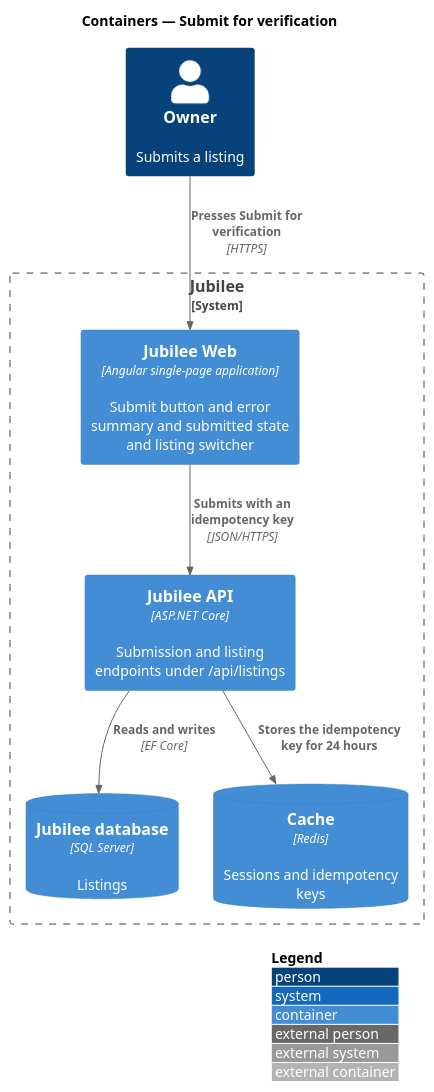
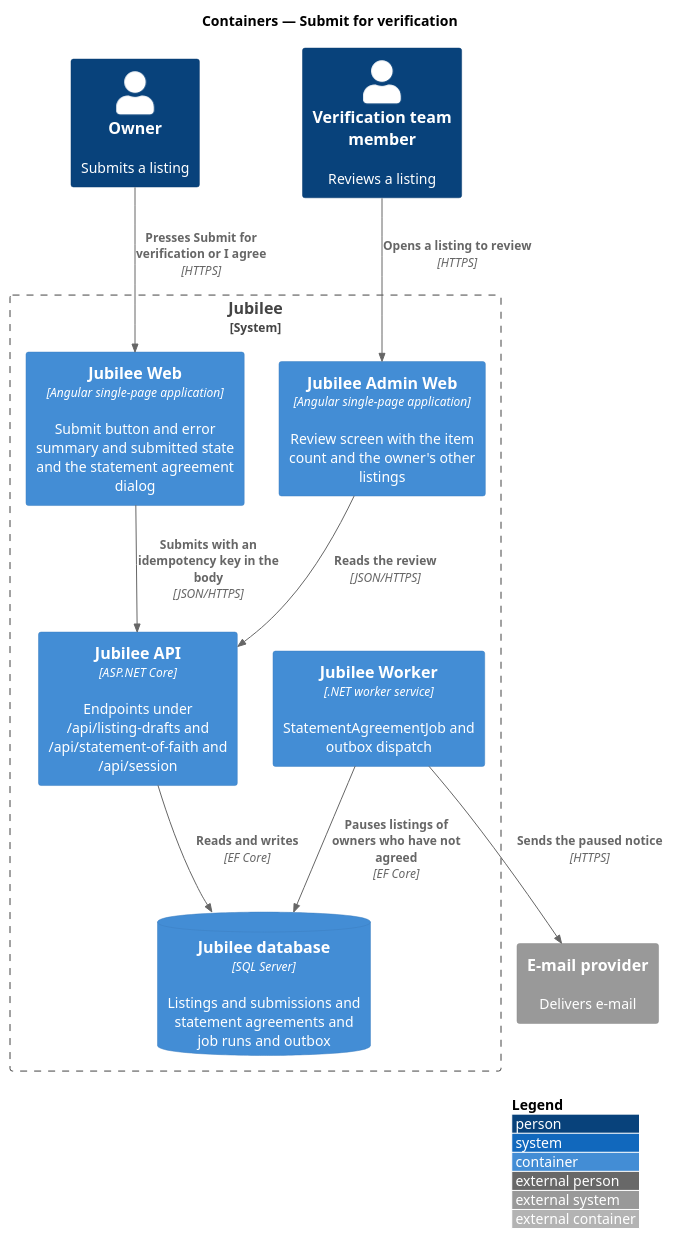
The diagram in docs/detailed-designs/onboarding/submit-for-verification/diagrams/c4-container.puml (QuinntyneBrown/jubilee), drawn with PlantUML before and after one commit. The commit also changed 43 other files, not shown here.

```diff
--- a/docs/detailed-designs/onboarding/submit-for-verification/diagrams/c4-container.puml
+++ b/docs/detailed-designs/onboarding/submit-for-verification/diagrams/c4-container.puml
@@ -1,17 +1,23 @@
 @startuml
 !include <C4/C4_Container>
 LAYOUT_WITH_LEGEND()
 title Containers — Submit for verification
 
 Person(owner, "Owner", "Submits a listing")
+Person(verifier, "Verification team member", "Reviews a listing")
+System_Ext(email, "E-mail provider", "Delivers e-mail")
 System_Boundary(jubilee, "Jubilee") {
-  Container(web, "Jubilee Web", "Angular single-page application", "Submit button and error summary and submitted state and listing switcher")
-  Container(api, "Jubilee API", "ASP.NET Core", "Submission and listing endpoints under /api/listings")
-  ContainerDb(db, "Jubilee database", "SQL Server", "Listings")
-  ContainerDb(cache, "Cache", "Redis", "Sessions and idempotency keys")
+  Container(web, "Jubilee Web", "Angular single-page application", "Submit button and error summary and submitted state and the statement agreement dialog")
+  Container(admin, "Jubilee Admin Web", "Angular single-page application", "Review screen with the item count and the owner's other listings")
+  Container(api, "Jubilee API", "ASP.NET Core", "Endpoints under /api/listing-drafts and /api/statement-of-faith and /api/session")
+  Container(worker, "Jubilee Worker", ".NET worker service", "StatementAgreementJob and outbox dispatch")
+  ContainerDb(db, "Jubilee database", "SQL Server", "Listings and submissions and statement agreements and job runs and outbox")
 }
-Rel(owner, web, "Presses Submit for verification", "HTTPS")
-Rel(web, api, "Submits with an idempotency key", "JSON/HTTPS")
+Rel(owner, web, "Presses Submit for verification or I agree", "HTTPS")
+Rel(verifier, admin, "Opens a listing to review", "HTTPS")
+Rel(web, api, "Submits with an idempotency key in the body", "JSON/HTTPS")
+Rel(admin, api, "Reads the review", "JSON/HTTPS")
 Rel(api, db, "Reads and writes", "EF Core")
-Rel(api, cache, "Stores the idempotency key for 24 hours")
+Rel(worker, db, "Pauses listings of owners who have not agreed", "EF Core")
+Rel(worker, email, "Sends the paused notice", "HTTPS")
 @enduml
```
